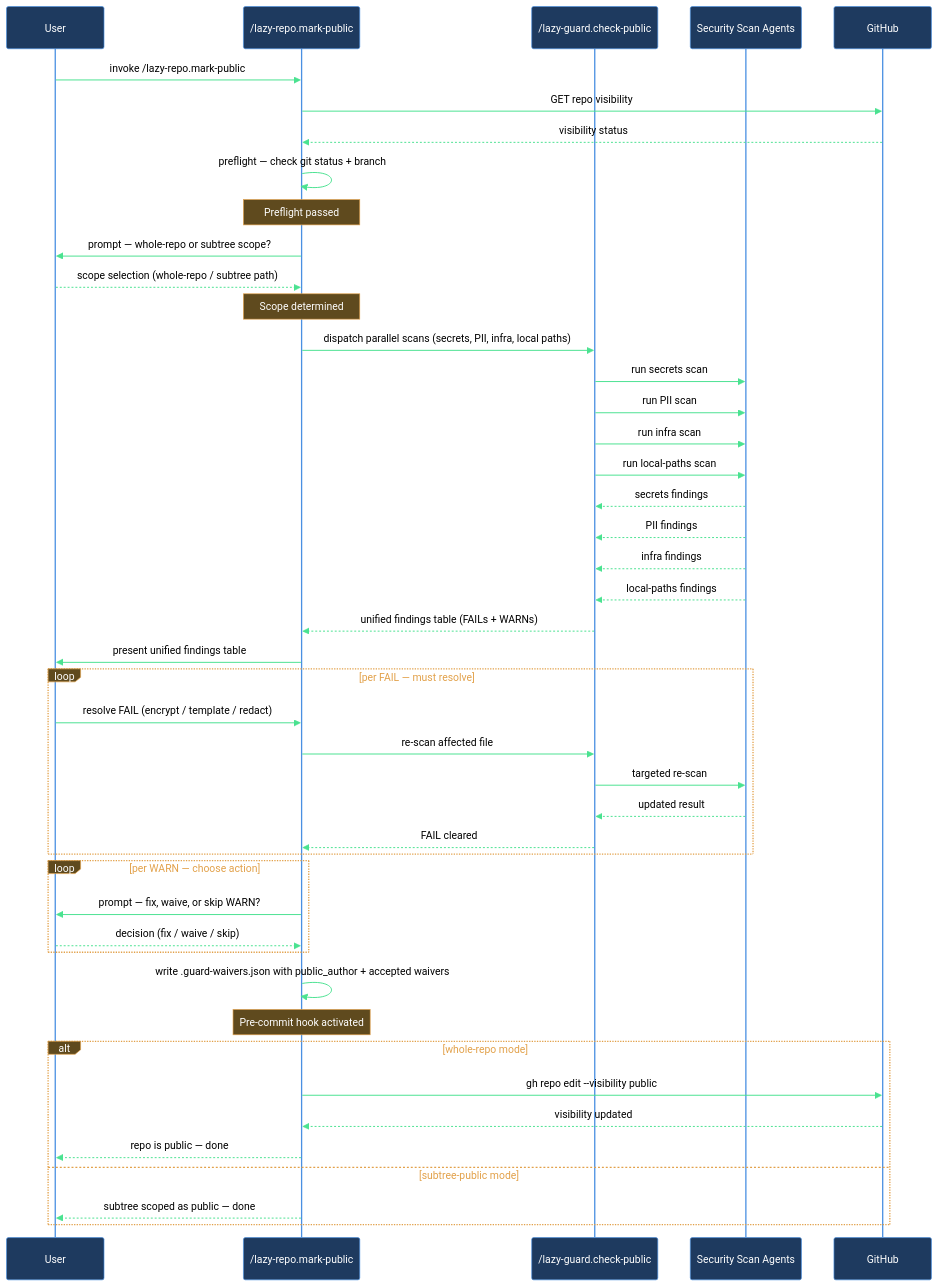
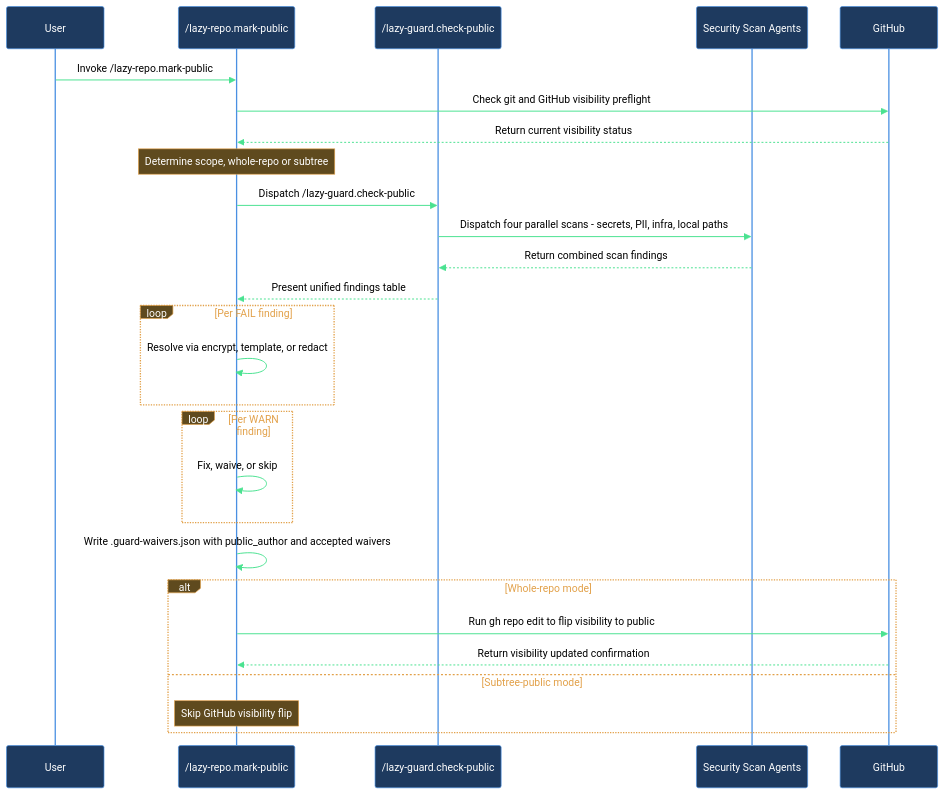
The diagram in claude/lazycortex-core/help/walkthroughs/make-repo-public.md (mebius-san/lazy-cortex), drawn with Mermaid before and after one commit. The commit also changed other lines of this file and 63 other files, not shown here.

````diff
--- a/claude/lazycortex-core/help/walkthroughs/make-repo-public.md
+++ b/claude/lazycortex-core/help/walkthroughs/make-repo-public.md
@@ -120,49 +120,31 @@
 ```mermaid
 %%{init: {'themeVariables':{'background':'transparent','primaryColor':'#1e3a5f','primaryBorderColor':'#4a90e2','primaryTextColor':'#fff','lineColor':'#4ae290','actorBkg':'#1e3a5f','actorBorder':'#4a90e2','actorTextColor':'#fff','actorLineColor':'#4a90e2','signalColor':'#4ae290','signalTextColor':'#000','noteBkgColor':'#5f4a1e','noteBorderColor':'#e2a14a','noteTextColor':'#fff','labelBoxBkgColor':'#5f4a1e','labelBoxBorderColor':'#e2a14a','labelTextColor':'#fff','loopTextColor':'#e2a14a'},'sequence':{'diagramPadding':5,'useMaxWidth':true}}}%%
 sequenceDiagram
   participant user as User
   participant markPublic as /lazy-repo.mark-public
-  participant checkPublic as /lazy-guard.check-public
+  participant guardCheck as /lazy-guard.check-public
   participant scanAgents as Security Scan Agents
   participant github as GitHub
 
-  user->>markPublic: invoke /lazy-repo.mark-public
-  markPublic->>github: GET repo visibility
-  github-->>markPublic: visibility status
-  markPublic->>markPublic: preflight — check git status + branch
-  Note over markPublic: Preflight passed
-  markPublic->>user: prompt — whole-repo or subtree scope?
-  user-->>markPublic: scope selection (whole-repo / subtree path)
-  Note over markPublic: Scope determined
-  markPublic->>checkPublic: dispatch parallel scans (secrets, PII, infra, local paths)
-  checkPublic->>scanAgents: run secrets scan
-  checkPublic->>scanAgents: run PII scan
-  checkPublic->>scanAgents: run infra scan
-  checkPublic->>scanAgents: run local-paths scan
-  scanAgents-->>checkPublic: secrets findings
-  scanAgents-->>checkPublic: PII findings
-  scanAgents-->>checkPublic: infra findings
-  scanAgents-->>checkPublic: local-paths findings
-  checkPublic-->>markPublic: unified findings table (FAILs + WARNs)
-  markPublic->>user: present unified findings table
-  loop per FAIL — must resolve
-    user->>markPublic: resolve FAIL (encrypt / template / redact)
-    markPublic->>checkPublic: re-scan affected file
-    checkPublic->>scanAgents: targeted re-scan
-    scanAgents-->>checkPublic: updated result
-    checkPublic-->>markPublic: FAIL cleared
+  user->>markPublic: Invoke /lazy-repo.mark-public
+  markPublic->>github: Check git and GitHub visibility preflight
+  github-->>markPublic: Return current visibility status
+  Note over markPublic: Determine scope, whole-repo or subtree
+  markPublic->>guardCheck: Dispatch /lazy-guard.check-public
+  guardCheck->>scanAgents: Dispatch four parallel scans - secrets, PII, infra, local paths
+  scanAgents-->>guardCheck: Return combined scan findings
+  guardCheck-->>markPublic: Present unified findings table
+  loop Per FAIL finding
+    markPublic->>markPublic: Resolve via encrypt, template, or redact
   end
-  loop per WARN — choose action
-    markPublic->>user: prompt — fix, waive, or skip WARN?
-    user-->>markPublic: decision (fix / waive / skip)
+  loop Per WARN finding
+    markPublic->>markPublic: Fix, waive, or skip
   end
-  markPublic->>markPublic: write .guard-waivers.json with public_author + accepted waivers
-  Note over markPublic: Pre-commit hook activated
-  alt whole-repo mode
-    markPublic->>github: gh repo edit --visibility public
-    github-->>markPublic: visibility updated
-    markPublic-->>user: repo is public — done
-  else subtree-public mode
-    markPublic-->>user: subtree scoped as public — done
+  markPublic->>markPublic: Write .guard-waivers.json with public_author and accepted waivers
+  alt Whole-repo mode
+    markPublic->>github: Run gh repo edit to flip visibility to public
+    github-->>markPublic: Return visibility updated confirmation
+  else Subtree-public mode
+    Note over markPublic: Skip GitHub visibility flip
   end
 ```
````
